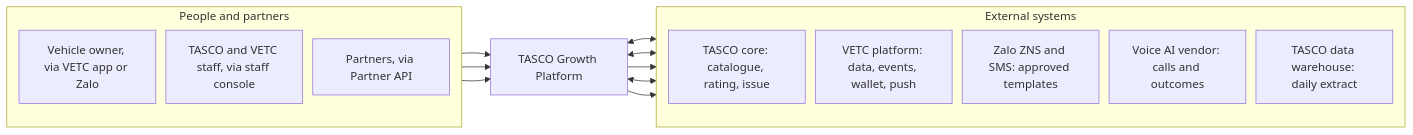
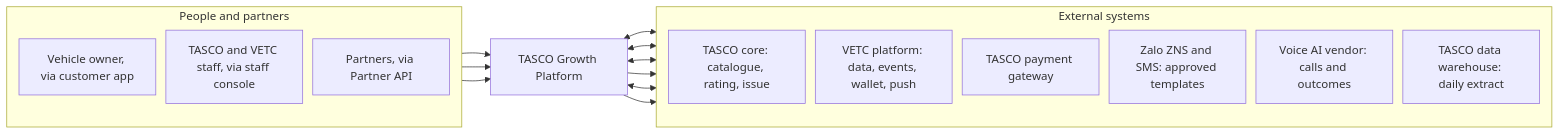
Before and after one commit to IortaTexhNXT-DEV/TASCO: the first of 9 diagrams in tools/docs-source/docs/architecture/solution-architecture.md, drawn with Mermaid. The commit also changed other lines of this file and 101 other files, not shown here.

First line of the commit message:
Voice script: link goes to TASCO Insurance's Zalo OA; vendored Mermaid for doc builds; review edits to business, quality and delivery documents

````diff
--- a/tools/docs-source/docs/architecture/solution-architecture.md
+++ b/tools/docs-source/docs/architecture/solution-architecture.md
@@ -101,28 +105,30 @@
 ```mermaid
 %% caption: System context: the people and systems the platform talks to
 %%{init: {"flowchart": {"wrappingWidth": 130, "nodeSpacing": 14, "rankSpacing": 40}}}%%
 flowchart LR
   subgraph PEOPLE["People and partners"]
     direction TB
-    CUST["Vehicle owner, via VETC app or Zalo"]
+    CUST["Vehicle owner, via customer app"]
     STAFF["TASCO and VETC staff, via staff console"]
     PART["Partners, via Partner API"]
   end
   GP["TASCO Growth Platform"]
   subgraph SYS["External systems"]
     direction TB
     CORE["TASCO core: catalogue, rating, issue"]
     VETC["VETC platform: data, events, wallet, push"]
+    PAY["TASCO payment gateway"]
     MSG["Zalo ZNS and SMS: approved templates"]
     VOICE["Voice AI vendor: calls and outcomes"]
     DWH["TASCO data warehouse: daily extract"]
   end
   CUST --> GP
   STAFF --> GP
   PART --> GP
   GP <--> CORE
   GP <--> VETC
+  GP <--> PAY
   GP --> MSG
   GP <--> VOICE
   GP --> DWH
 ```
````
